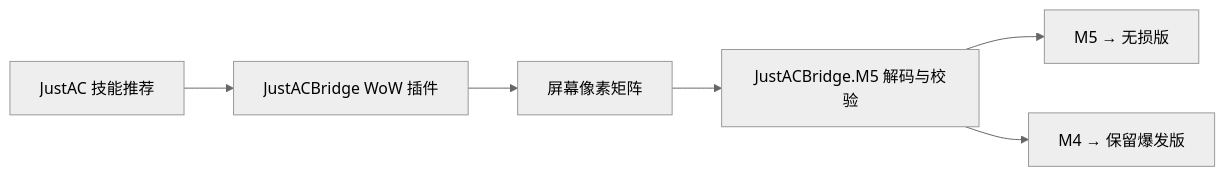
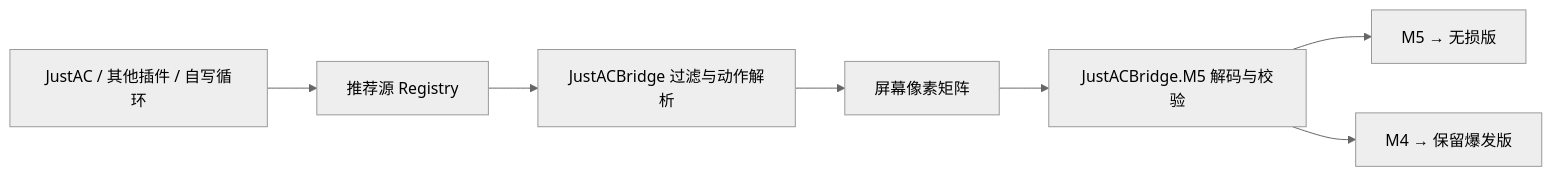
The diagram in README.md (Aruke05/JustACBridge), drawn with Mermaid (neutral theme) before and after one commit. The commit also changed other lines of this file and 21 other files, not shown here.

````diff
--- a/README.md
+++ b/README.md
@@ -135,8 +170,9 @@
 ```mermaid
 flowchart LR
-    A["JustAC 技能推荐"] --> B["JustACBridge WoW 插件"]
-    B --> C["屏幕像素矩阵"]
-    C --> D["JustACBridge.M5 解码与校验"]
-    D --> E["M5 → 无损版"]
-    D --> F["M4 → 保留爆发版"]
+    A["JustAC / 其他插件 / 自写循环"] --> B["推荐源 Registry"]
+    B --> C["JustACBridge 过滤与动作解析"]
+    C --> D["屏幕像素矩阵"]
+    D --> E["JustACBridge.M5 解码与校验"]
+    E --> F["M5 → 无损版"]
+    E --> G["M4 → 保留爆发版"]
 ```
````
